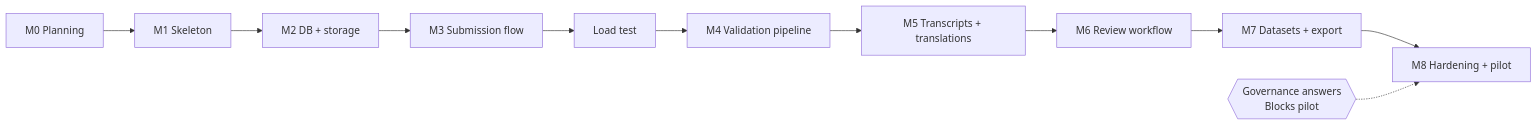
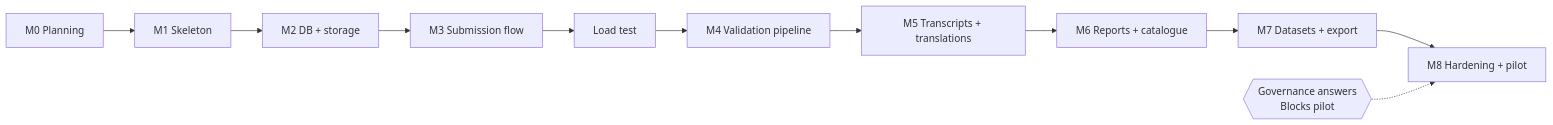
The diagram in docs/ROADMAP.md (21mohit-dotcom/lokdhara), drawn with Mermaid before and after one commit. The commit also changed other lines of this file, not shown here.

First line of the commit message:
docs: shrink M6 to reports, admin hiding and the catalogue

````diff
--- a/docs/ROADMAP.md
+++ b/docs/ROADMAP.md
@@ -11,13 +11,13 @@
 ```mermaid
 flowchart LR
     M0[M0 Planning] --> M1[M1 Skeleton]
     M1 --> M2[M2 DB + storage]
     M2 --> M3[M3 Submission flow]
     M3 --> L3[Load test]
     L3 --> M4[M4 Validation pipeline]
     M4 --> M5[M5 Transcripts + translations]
-    M5 --> M6[M6 Review workflow]
+    M5 --> M6[M6 Reports + catalogue]
     M6 --> M7[M7 Datasets + export]
     M7 --> M8[M8 Hardening + pilot]
     G{{Governance answers<br/>Blocks pilot}} -.-> M8
 ```
````
